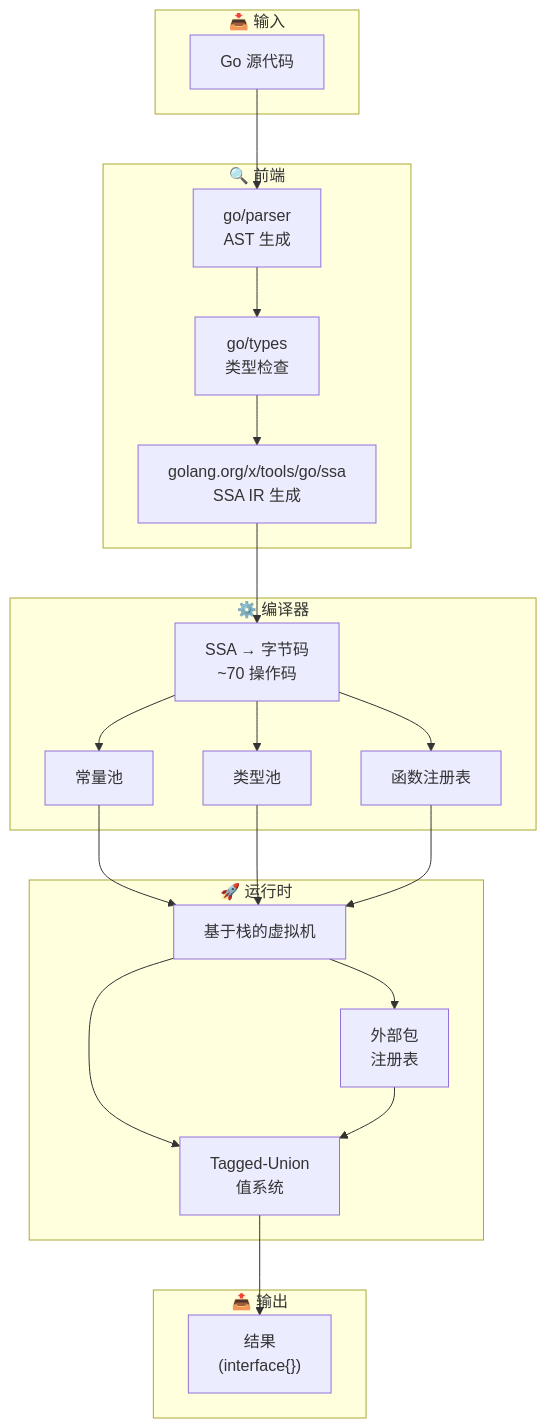
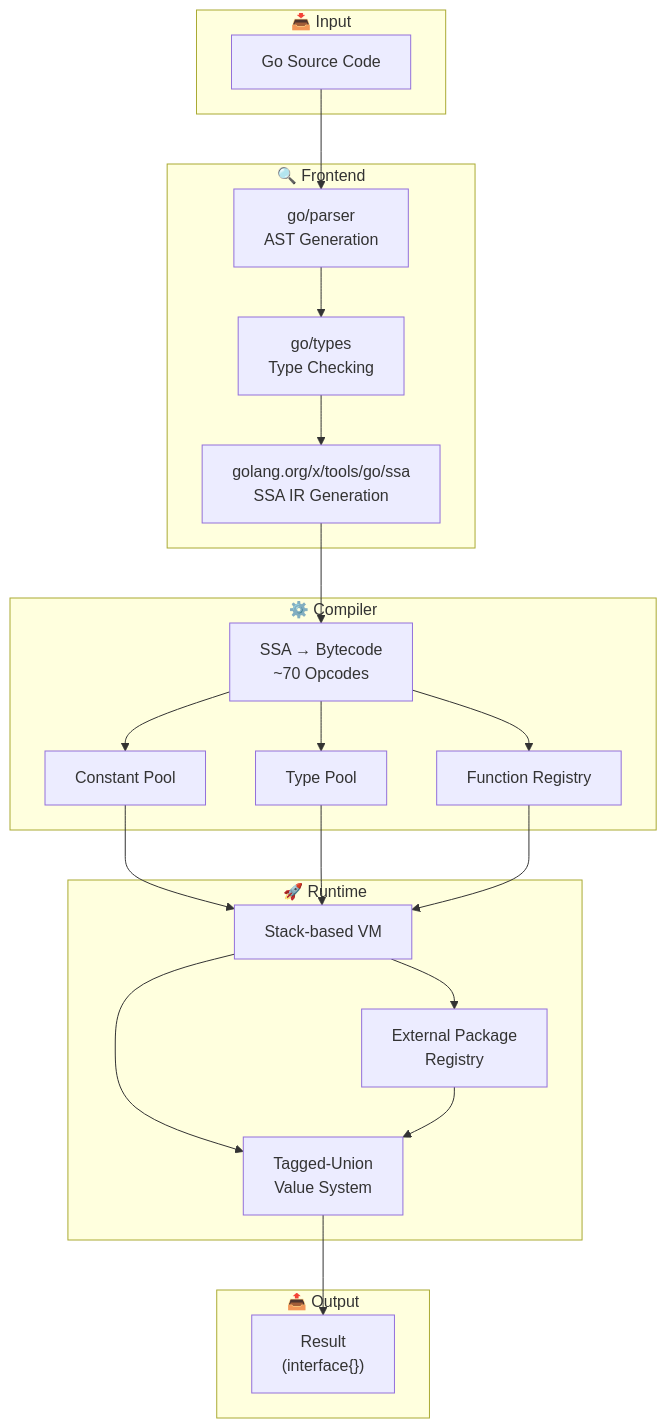
One commit to t04dJ14n9/gig changed the first of 7 diagrams in README.md. Above: the diagram before and after it, drawn with Mermaid. The commit also changed other lines of this file and 2 other files, not shown here.

````diff
--- a/README.md
+++ b/README.md
@@ -326,44 +326,44 @@
 ```mermaid
 flowchart TB
-    subgraph Input["📥 输入"]
-        SRC["Go 源代码"]
+    subgraph Input["📥 Input"]
+        SRC["Go Source Code"]
     end
     
-    subgraph Frontend["🔍 前端"]
-        PARSER["go/parser<br/>AST 生成"]
-        TYPECHECK["go/types<br/>类型检查"]
-        SSA["golang.org/x/tools/go/ssa<br/>SSA IR 生成"]
+    subgraph Frontend["🔍 Frontend"]
+        PARSER["go/parser<br/>AST Generation"]
+        TYPECHECK["go/types<br/>Type Checking"]
+        SSA["golang.org/x/tools/go/ssa<br/>SSA IR Generation"]
     end
     
-    subgraph Compiler["⚙️ 编译器"]
-        COMP["SSA → 字节码<br/>~70 操作码"]
-        CONST["常量池"]
-        TYPES["类型池"]
-        FUNCS["函数注册表"]
+    subgraph Compiler["⚙️ Compiler"]
+        COMP["SSA → Bytecode<br/>~70 Opcodes"]
+        CONST["Constant Pool"]
+        TYPES["Type Pool"]
+        FUNCS["Function Registry"]
     end
     
-    subgraph Runtime["🚀 运行时"]
-        VM["基于栈的虚拟机"]
-        VALUE["Tagged-Union<br/>值系统"]
-        EXT["外部包<br/>注册表"]
+    subgraph Runtime["🚀 Runtime"]
+        VM["Stack-based VM"]
+        VALUE["Tagged-Union<br/>Value System"]
+        EXT["External Package<br/>Registry"]
     end
     
-    subgraph Output["📤 输出"]
-        RESULT["结果<br/>(interface{})"]
+    subgraph Output["📤 Output"]
+        RESULT["Result<br/>(interface{})"]
     end
     
     SRC --> PARSER
     PARSER --> TYPECHECK
     TYPECHECK --> SSA
     SSA --> COMP
     COMP --> CONST
     COMP --> TYPES
     COMP --> FUNCS
     CONST --> VM
     TYPES --> VM
     FUNCS --> VM
     VM --> VALUE
     VM --> EXT
     EXT --> VALUE
     VALUE --> RESULT
 ```
````
